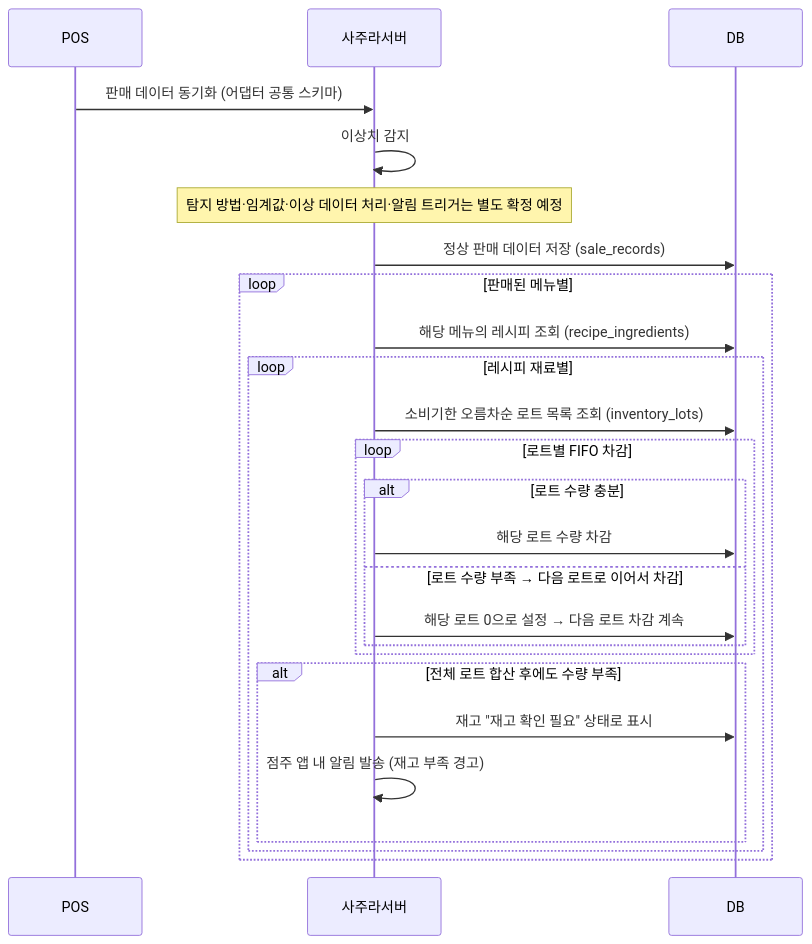
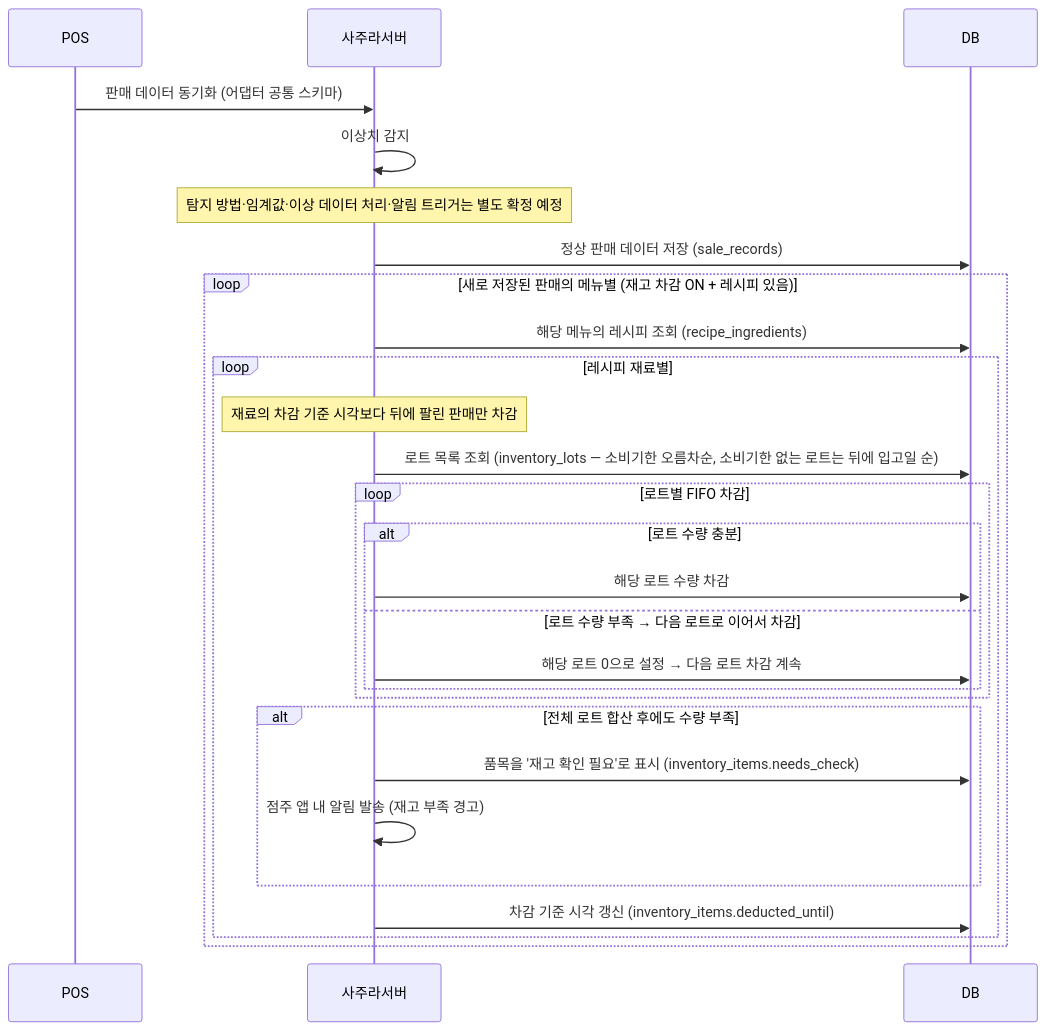
Before and after one commit to h-taek/CapstoneDesign-Sajura: the fifth of 7 diagrams in docs/spec/06_sequence.md, drawn with Mermaid. The commit also changed other lines of this file and 8 other files, not shown here.

````diff
--- a/docs/spec/06_sequence.md
+++ b/docs/spec/06_sequence.md
@@ -267,29 +267,31 @@
 ```mermaid
 sequenceDiagram
     participant POS
     participant 사주라서버
     participant DB
 
     POS->>사주라서버: 판매 데이터 동기화 (어댑터 공통 스키마)
     사주라서버->>사주라서버: 이상치 감지
     Note over 사주라서버: 탐지 방법·임계값·이상 데이터 처리·알림 트리거는 별도 확정 예정
     사주라서버->>DB: 정상 판매 데이터 저장 (sale_records)
 
-    loop 판매된 메뉴별
+    loop 새로 저장된 판매의 메뉴별 (재고 차감 ON + 레시피 있음)
         사주라서버->>DB: 해당 메뉴의 레시피 조회 (recipe_ingredients)
         loop 레시피 재료별
-            사주라서버->>DB: 소비기한 오름차순 로트 목록 조회 (inventory_lots)
+            Note over 사주라서버: 재료의 차감 기준 시각보다 뒤에 팔린 판매만 차감
+            사주라서버->>DB: 로트 목록 조회 (inventory_lots — 소비기한 오름차순, 소비기한 없는 로트는 뒤에 입고일 순)
             loop 로트별 FIFO 차감
                 alt 로트 수량 충분
                     사주라서버->>DB: 해당 로트 수량 차감
                 else 로트 수량 부족 → 다음 로트로 이어서 차감
                     사주라서버->>DB: 해당 로트 0으로 설정 → 다음 로트 차감 계속
                 end
             end
             alt 전체 로트 합산 후에도 수량 부족
-                사주라서버->>DB: 재고 "재고 확인 필요" 상태로 표시
+                사주라서버->>DB: 품목을 '재고 확인 필요'로 표시 (inventory_items.needs_check)
                 사주라서버->>사주라서버: 점주 앱 내 알림 발송 (재고 부족 경고)
             end
+            사주라서버->>DB: 차감 기준 시각 갱신 (inventory_items.deducted_until)
         end
     end
 ```
````
